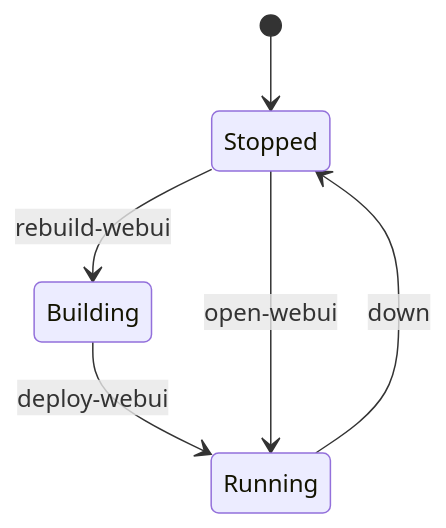
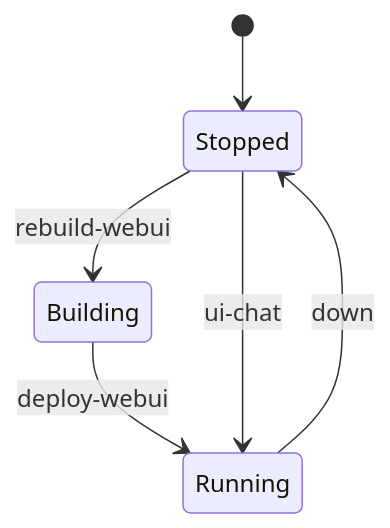
One commit to 13g4d0/docu-es changed the diagram in docs/as-built/deployment-patterns.md. Above: the diagram before and after it, drawn with Mermaid. The commit also changed 5 other files, not shown here.

First line of the commit message:
docs(style): remove remaining OPEN_WEBUI/open_webui traces

````diff
--- a/docs/as-built/deployment-patterns.md
+++ b/docs/as-built/deployment-patterns.md
@@ -25,8 +25,8 @@
 ```mermaid
 stateDiagram-v2
   [*] --> Stopped
   Stopped --> Building: rebuild-webui
   Building --> Running: deploy-webui
-  Stopped --> Running: open-webui
+  Stopped --> Running: ui-chat
   Running --> Stopped: down
 ```
````
